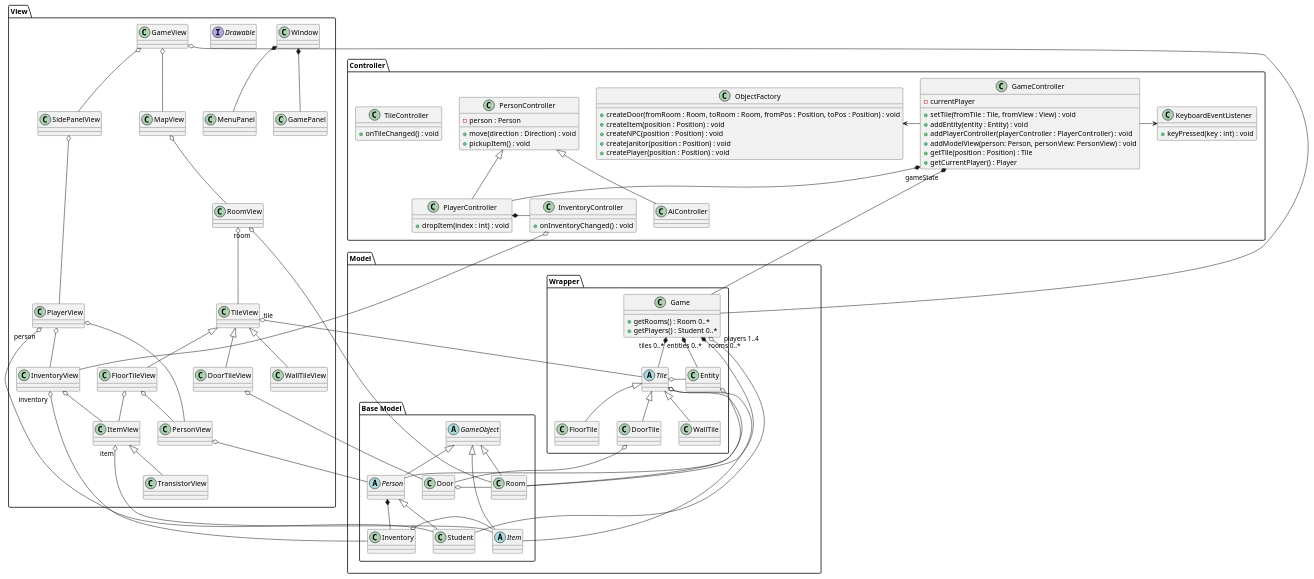
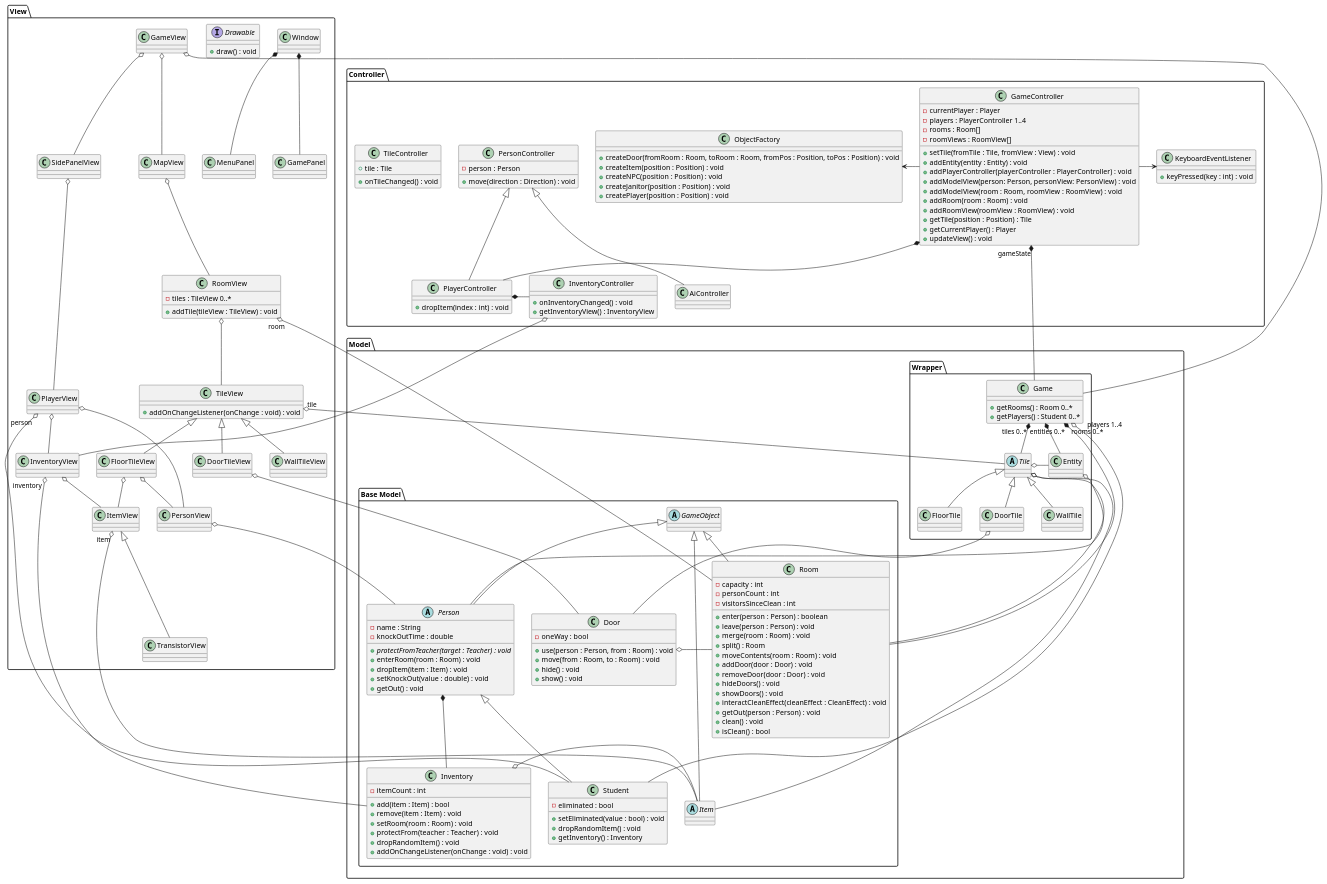
Before and after one commit to sn4k3ch4rm3r/logarlec: the diagram in docs/diagrams/class/tile-wrapping.puml, drawn with PlantUML. The commit also changed 1 other file, not shown here.

```diff
--- a/docs/diagrams/class/tile-wrapping.puml
+++ b/docs/diagrams/class/tile-wrapping.puml
@@ -3,11 +3,57 @@
 package Model {
     package "Base Model" {
         abstract GameObject
-        class Room
-        abstract Person
+        class Room{
+        - capacity : int
+		- personCount : int
+		- visitorsSinceClean : int
+		+ enter(person : Person) : boolean
+		+ leave(person : Person) : void
+		+ merge(room : Room) : void
+		+ split() : Room
+		+ moveContents(room : Room) : void
+		+ addDoor(door : Door) : void
+		+ removeDoor(door : Door) : void 
+		+ hideDoors() : void
+		+ showDoors() : void
+		+ interactCleanEffect(cleanEffect : CleanEffect) : void
+		+ getOut(person : Person) : void
+		+ clean() : void
+		+ isClean() : bool
+        }
+        abstract Person{
+            - name : String
+            - knockOutTime : double
+            + {abstract} protectFromTeacher(target : Teacher) : void
+            + enterRoom(room : Room) : void
+            + dropItem(item : Item) : void
+            + setKnockOut(value : double) : void
+            + getOut() : void
+        }
+        class Student{
+            - eliminated : bool
+            + setEliminated(value : bool) : void
+            + dropRandomItem() : void
+            + getInventory() : Inventory
+        }
+        
         abstract Item
-        class Door
-        class Inventory
+        class Door{
+            - oneWay : bool
+            + use(person : Person, from : Room) : void
+            + move(from : Room, to : Room) : void
+            + hide() : void
+            + show() : void
+        }
+        class Inventory{
+            - itemCount : int
+            + add(item : Item) : bool
+            + remove(item : Item) : void
+            + setRoom(room : Room) : void
+            + protectFrom(teacher : Teacher) : void
+            + dropRandomItem() : void
+            + addOnChangeListener(onChange : void) : void
+        }
 
         GameObject <|-- Room
         GameObject <|-- Person
@@ -52,13 +98,20 @@
 
 package Controller {
     class GameController {
-        - currentPlayer
+        - currentPlayer : Player
+        - players : PlayerController 1..4
+        - rooms : Room[]
+        - roomViews : RoomView[]
         + setTile(fromTile : Tile, fromView : View) : void
         + addEntity(entity : Entity) : void
         + addPlayerController(playerController : PlayerController) : void
         + addModelView(person: Person, personView: PersonView) : void
+        + addModelView(room : Room, roomView : RoomView) : void
+        + addRoom(room : Room) : void
+        + addRoomView(roomView : RoomView) : void
         + getTile(position : Position) : Tile
         + getCurrentPlayer() : Player
+        + updateView() : void
     }
     class KeyboardEventListener{
         + keyPressed(key : int) : void
@@ -66,7 +119,6 @@
     class PersonController{
         - person : Person
         + move(direction : Direction) : void
-        + pickupItem() : void
     }
     class PlayerController{
         + dropItem(index : int) : void
@@ -74,8 +126,10 @@
     class AiController
     class InventoryController{
         + onInventoryChanged() : void
+        + getInventoryView() : InventoryView
     }
     class TileController{
+        + tile : Tile
         + onTileChanged() : void
     }
     class ObjectFactory{
@@ -104,14 +158,24 @@
     Window *-- MenuPanel
     Window *-- GamePanel
 
-    interface Drawable
+
     ' Everything ending in View should implement
     ' Drawable, but it's already chaotic enough
+    interface Drawable
+    {
+        + draw() : void
+    }
+
     class GameView
     class MapView
     class SidePanelView
-    class RoomView
-    class TileView
+    class RoomView{
+        - tiles : TileView 0..*
+        + addTile(tileView : TileView) : void
+    }
+    class TileView{
+        + addOnChangeListener(onChange : void) : void
+    }
     class FloorTileView
     class WallTileView
     class DoorTileView
```
